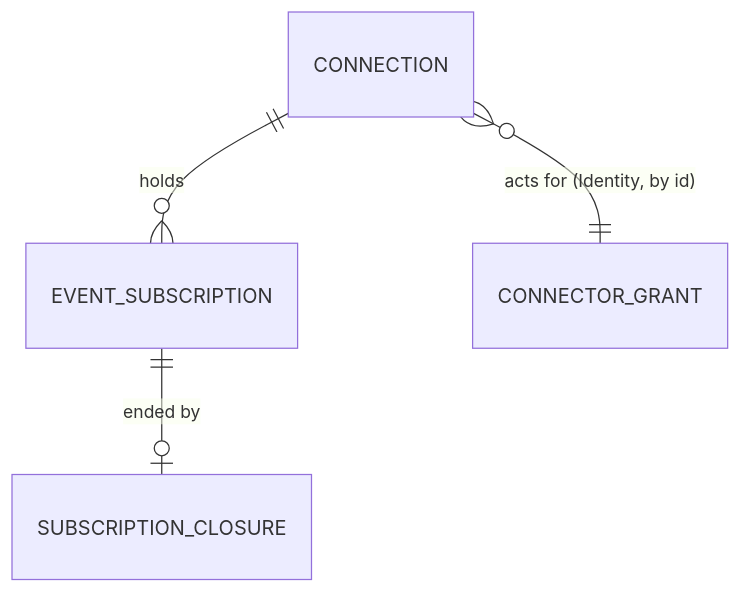
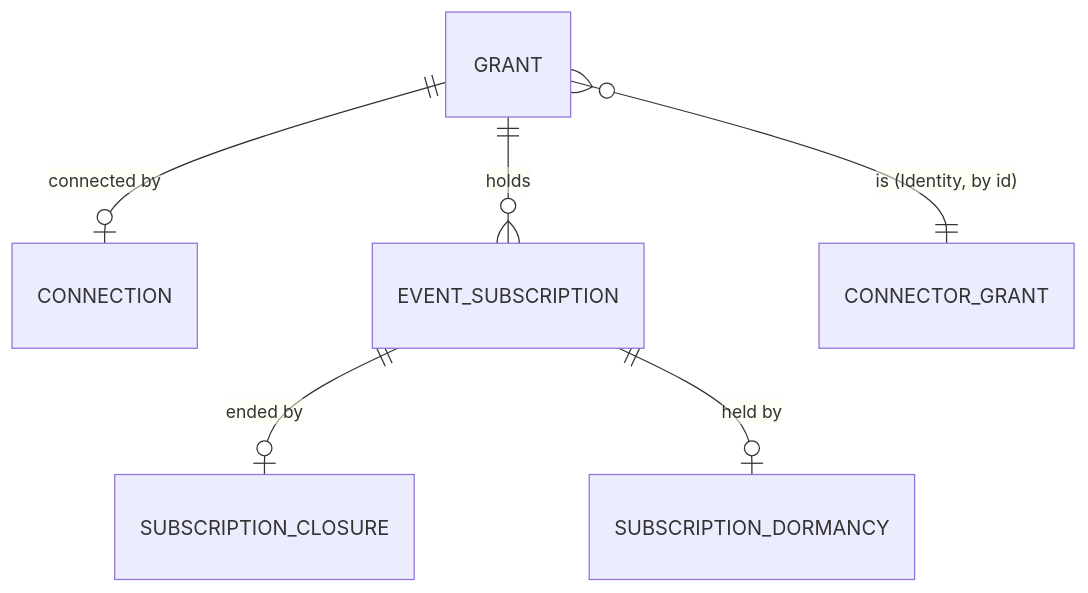
The third of 3 diagrams in docs/specs/connector.md (Aeryx-ai/sock-integrations), drawn with Mermaid before and after one commit. The commit also changed other lines of this file, not shown here.

Commit message:
integrations: connector spec keeps a refused grant's subscriptions dormant, not closed: the next request's issue resumes them from their cursors, keeps them on ACCOUNT_SUSPENDED or deletes them on NOT_FOUND, and a sweep at boot and each stream end deletes those dormant past 30 days

````diff
--- a/docs/specs/connector.md
+++ b/docs/specs/connector.md
@@ -155,6 +171,8 @@
 ```mermaid
 erDiagram
-    CONNECTION ||--o{ EVENT_SUBSCRIPTION : holds
+    GRANT ||--o| CONNECTION : "connected by"
+    GRANT ||--o{ EVENT_SUBSCRIPTION : holds
     EVENT_SUBSCRIPTION ||--o| SUBSCRIPTION_CLOSURE : "ended by"
-    CONNECTION }o--|| CONNECTOR_GRANT : "acts for (Identity, by id)"
+    EVENT_SUBSCRIPTION ||--o| SUBSCRIPTION_DORMANCY : "held by"
+    GRANT }o--|| CONNECTOR_GRANT : "is (Identity, by id)"
 ```
````
